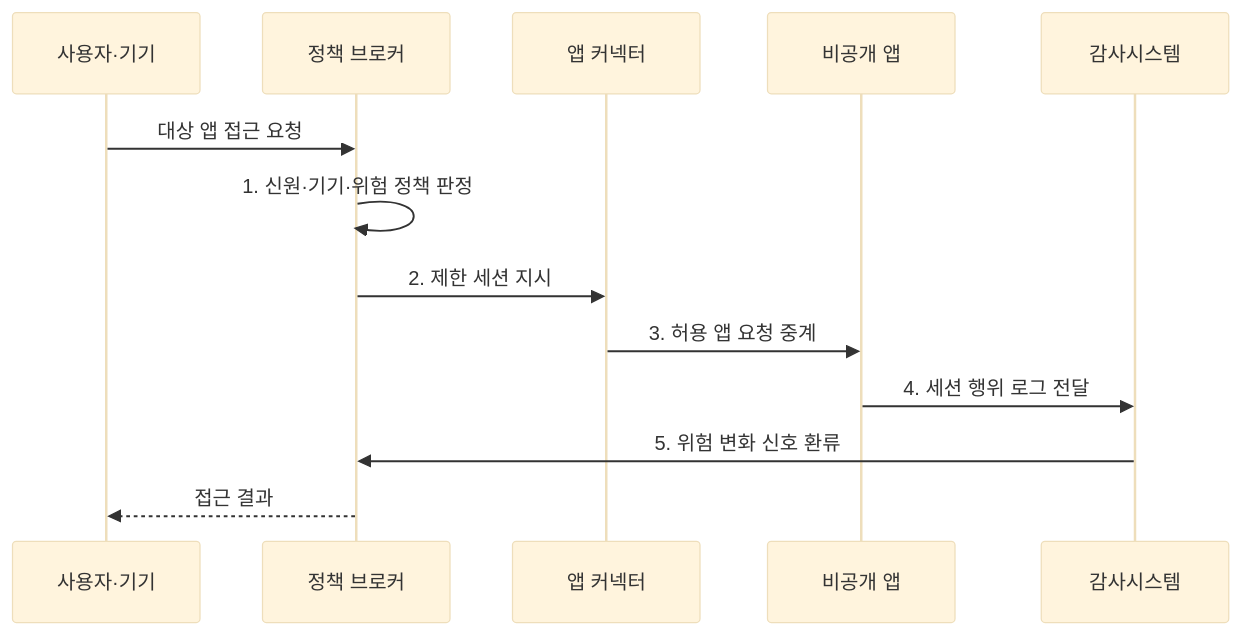
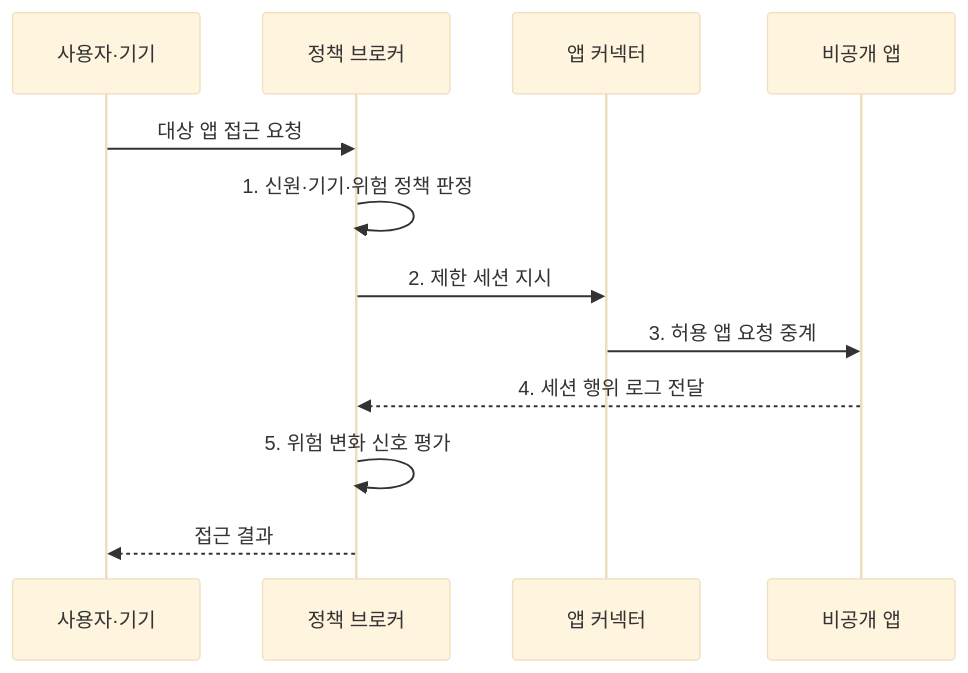
The second of 2 diagrams in src/content/docs/notes/05-security/064_ztna.md (agnusdei1207/knowledge-base), drawn with Mermaid (base theme) before and after one commit. The commit also changed other lines of this file and 8 other files, not shown here.

Commit message:
Consolidate access control sequence roles

````diff
--- a/src/content/docs/notes/05-security/064_ztna.md
+++ b/src/content/docs/notes/05-security/064_ztna.md
@@ -98,15 +98,14 @@
 ```mermaid
 sequenceDiagram
     participant U as 사용자·기기
     participant B as 정책 브로커
     participant C as 앱 커넥터
     participant A as 비공개 앱
-    participant 감사시스템
     U->>B: 대상 앱 접근 요청
     B->>B: 1. 신원·기기·위험 정책 판정
     B->>C: 2. 제한 세션 지시
     C->>A: 3. 허용 앱 요청 중계
-    A->>감사시스템: 4. 세션 행위 로그 전달
-    감사시스템->>B: 5. 위험 변화 신호 환류
+    A-->>B: 4. 세션 행위 로그 전달
+    B->>B: 5. 위험 변화 신호 평가
     B-->>U: 접근 결과
 ```
````
